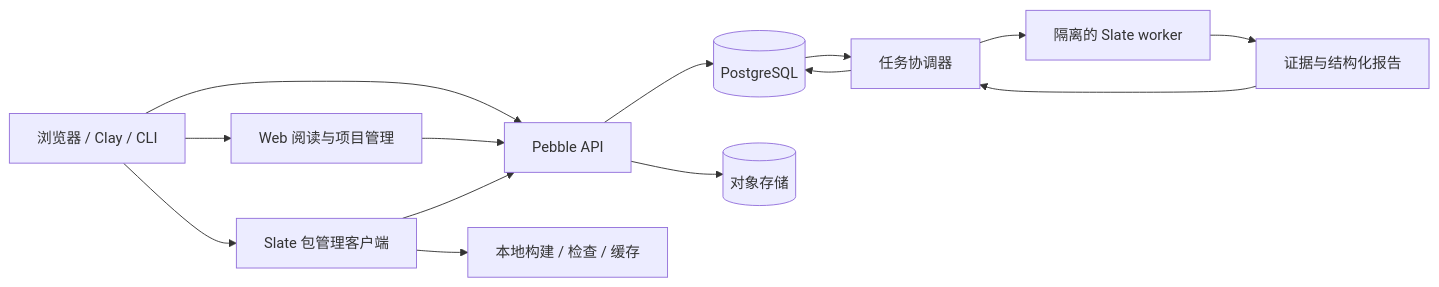
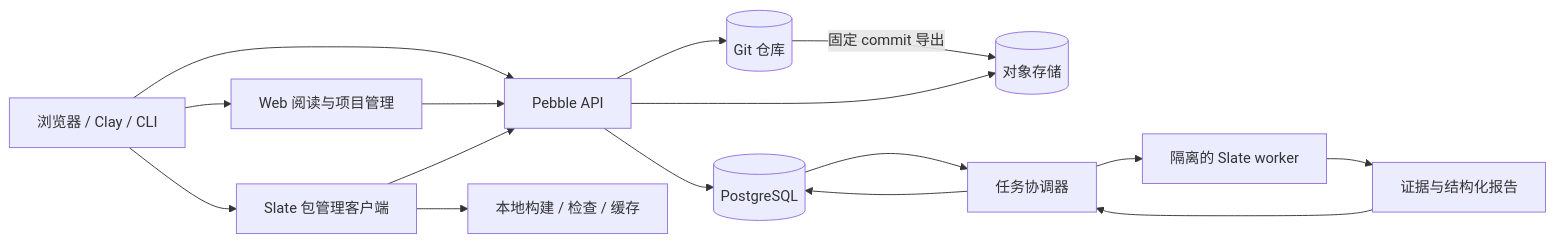
One commit to sair-math-dev/pebble changed the diagram in docs/technical-research.md. Above: the diagram before and after it, drawn with Mermaid. The commit also changed other lines of this file and 65 other files, not shown here.

````diff
--- a/docs/technical-research.md
+++ b/docs/technical-research.md
@@ -26,16 +26,18 @@
 ```mermaid
 flowchart LR
   U[浏览器 / Clay / CLI] --> A[Pebble API]
   U --> W[Web 阅读与项目管理]
   W --> A
   A --> P[(PostgreSQL)]
   U --> L[Slate 包管理客户端]
   L --> A
   L --> B[本地构建 / 检查 / 缓存]
-  A --> O[(对象存储)]
+  A --> G[(Git 仓库)]
+  G -->|固定 commit 导出| O[(对象存储)]
+  A --> O
   P --> J[任务协调器]
   J --> V[隔离的 Slate worker]
   V --> E[证据与结构化报告]
   E --> J
   J --> P
 ```
````
